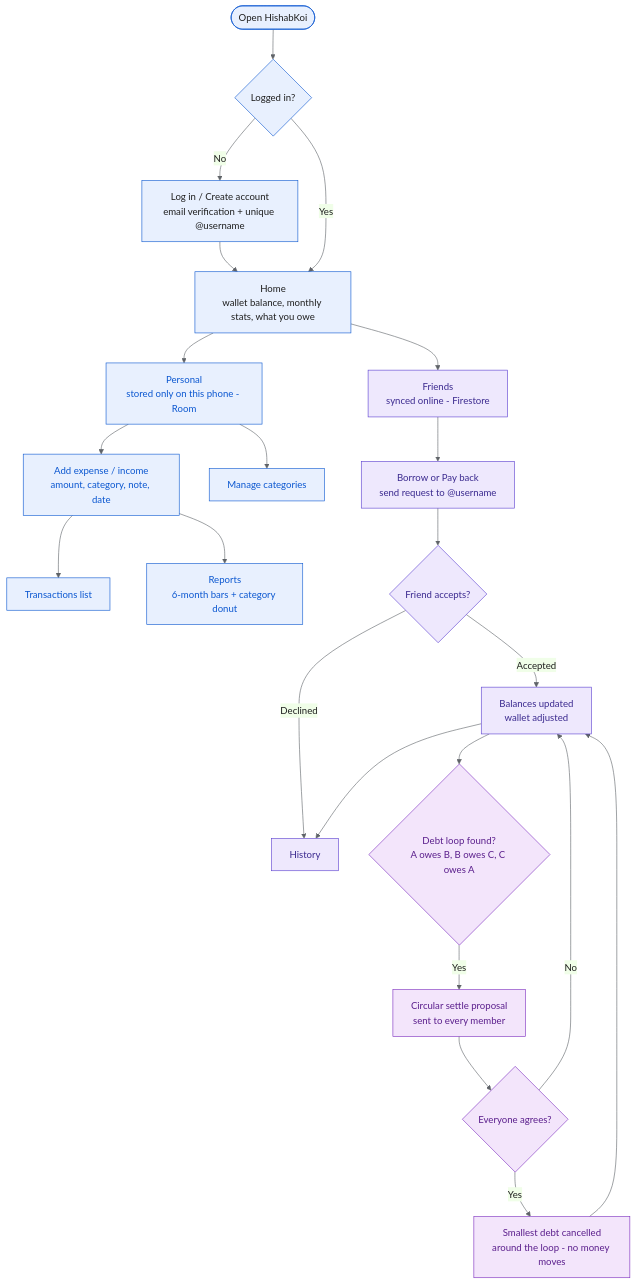
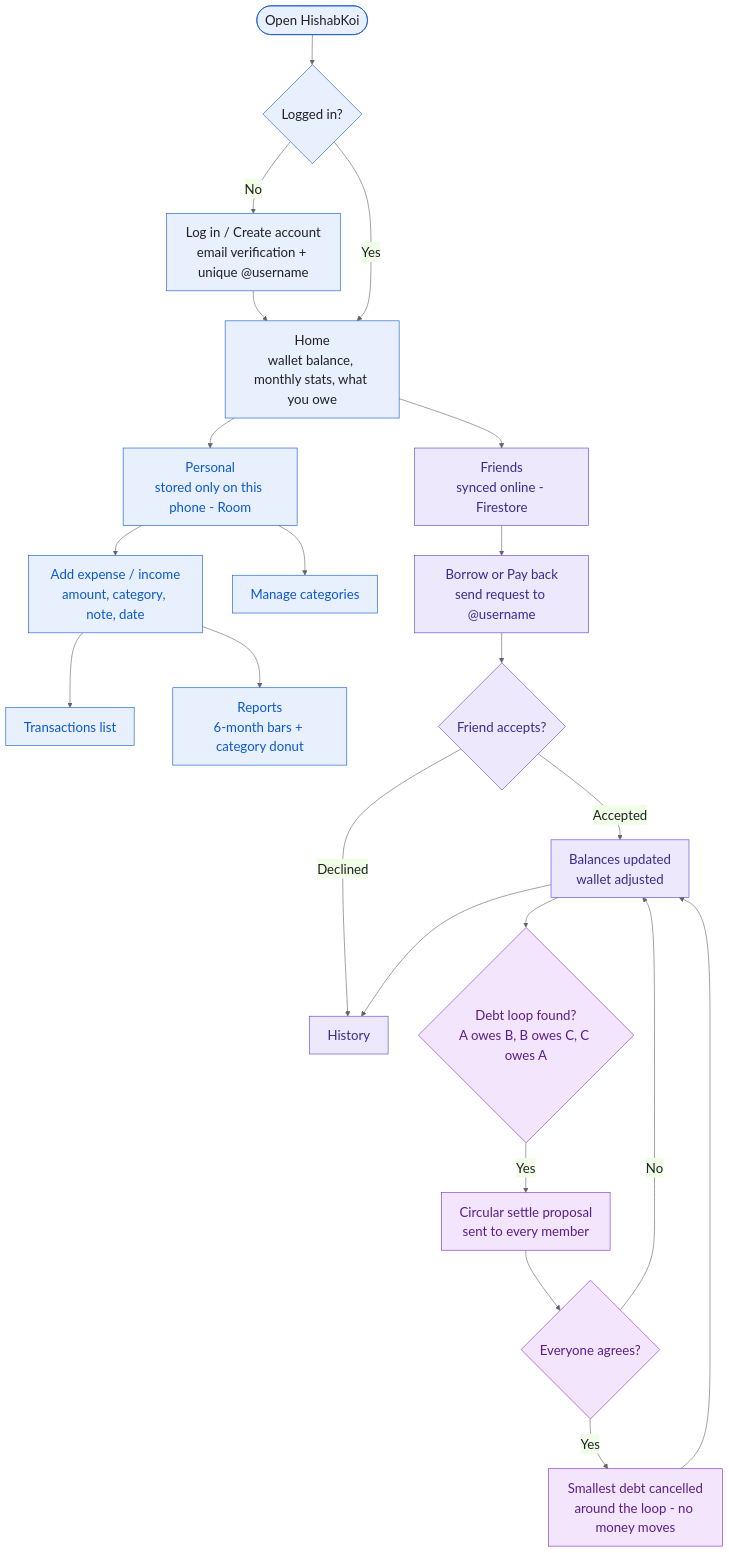
One commit to Mahin7773/HishabKoi changed the diagram in docs/flowchart.mmd. Above: the diagram before and after it, drawn with Mermaid. The commit also changed 2 other files, not shown here.

Commit message:
Enlarge flowchart text

```diff
--- a/docs/flowchart.mmd
+++ b/docs/flowchart.mmd
@@ -1,33 +1,33 @@
-%%{init: {'theme':'base','themeVariables':{'primaryColor':'#E8F0FE','primaryBorderColor':'#0B57D0','primaryTextColor':'#1F1F1F','lineColor':'#5F6368','fontFamily':'Segoe UI, Arial','fontSize':'16px'}}}%%
+%%{init: {'theme':'base','themeVariables':{'primaryColor':'#E8F0FE','primaryBorderColor':'#0B57D0','primaryTextColor':'#1F1F1F','lineColor':'#5F6368','fontFamily':'Segoe UI, Arial','fontSize':'22px'}, 'flowchart':{'wrappingWidth':230}}}%%
 flowchart TD
     A([Open HishabKoi]) --> B{Logged in?}
     B -- No --> C[Log in / Create account<br/>email verification + unique @username]
     C --> D
     B -- Yes --> D[Home<br/>wallet balance, monthly stats, what you owe]
 
     D --> P[Personal<br/>stored only on this phone - Room]
     D --> F[Friends<br/>synced online - Firestore]
 
     P --> P1[Add expense / income<br/>amount, category, note, date]
     P1 --> P2[Transactions list]
     P1 --> P3[Reports<br/>6-month bars + category donut]
     P --> P4[Manage categories]
 
     F --> F1[Borrow or Pay back<br/>send request to @username]
     F1 --> F2{Friend accepts?}
     F2 -- Declined --> F5[History]
     F2 -- Accepted --> F3[Balances updated<br/>wallet adjusted]
     F3 --> F5
     F3 --> L{Debt loop found?<br/>A owes B, B owes C, C owes A}
     L -- Yes --> L1[Circular settle proposal<br/>sent to every member]
     L1 --> L2{Everyone agrees?}
     L2 -- Yes --> L3[Smallest debt cancelled<br/>around the loop - no money moves]
     L3 --> F3
     L2 -- No --> F3
 
     classDef personal fill:#E8F0FE,stroke:#0B57D0,color:#0B57D0
     classDef friends fill:#EEE8FD,stroke:#5B3FD0,color:#3B2A8F
     classDef loop fill:#F3E5FB,stroke:#7B2CBF,color:#5A1E8C
     class P,P1,P2,P3,P4 personal
     class F,F1,F2,F3,F5 friends
     class L,L1,L2,L3 loop
```
